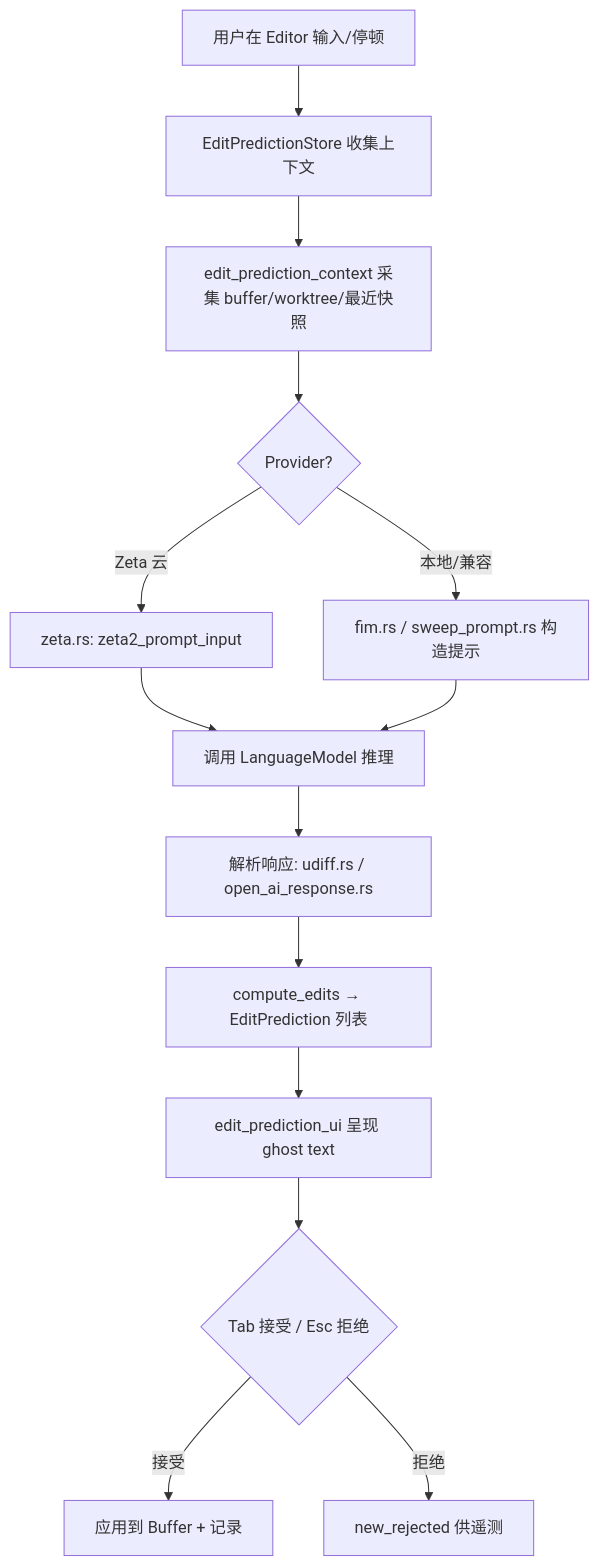
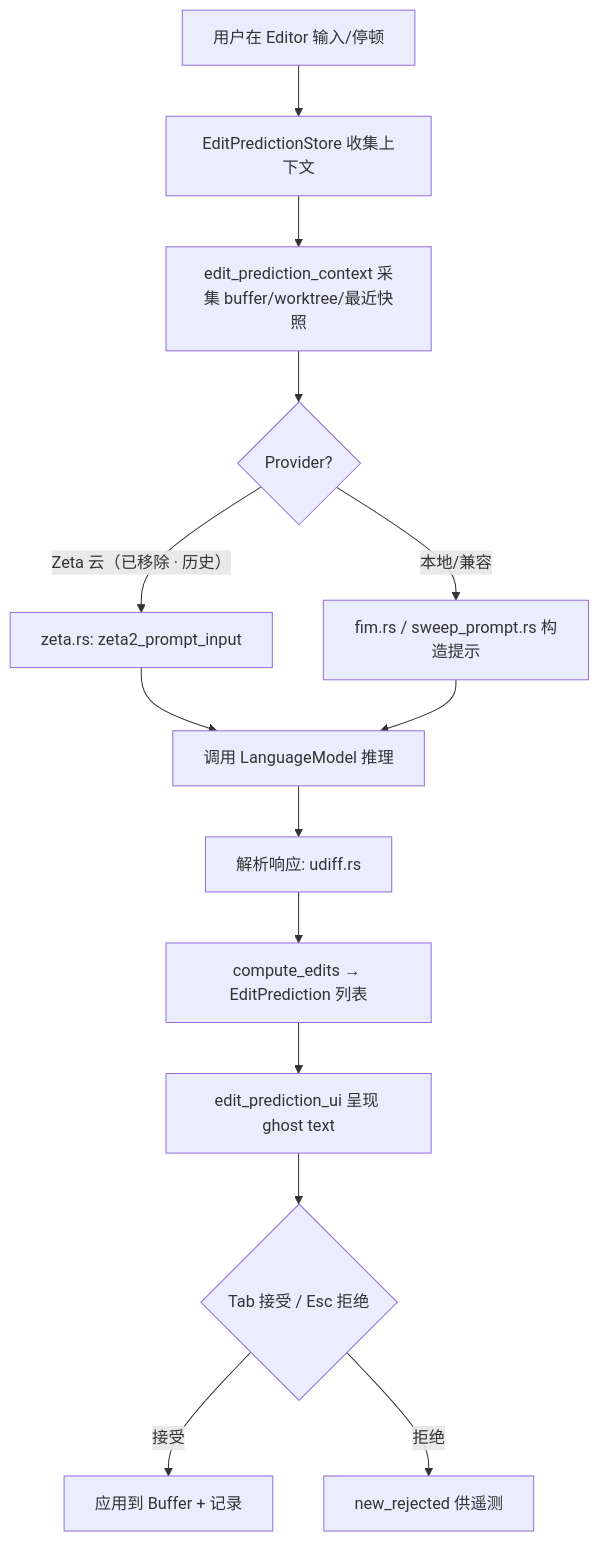
Before and after one commit to rzhangjing/zed: the diagram in wiki/Edit-Prediction.md, drawn with Mermaid. The commit also changed other lines of this file and 270 other files, not shown here.

````diff
--- a/wiki/Edit-Prediction.md
+++ b/wiki/Edit-Prediction.md
@@ -7,16 +7,16 @@
 ```mermaid
 graph TB
     A[用户在 Editor 输入/停顿] --> B[EditPredictionStore 收集上下文]
     B --> C[edit_prediction_context 采集 buffer/worktree/最近快照]
     C --> D{Provider?}
-    D -->|Zeta 云| E[zeta.rs: zeta2_prompt_input]
+    D -->|Zeta 云（已移除 · 历史）| E[zeta.rs: zeta2_prompt_input]
     D -->|本地/兼容| F[fim.rs / sweep_prompt.rs 构造提示]
     E --> G[调用 LanguageModel 推理]
     F --> G
-    G --> H[解析响应: udiff.rs / open_ai_response.rs]
+    G --> H[解析响应: udiff.rs]
     H --> I[compute_edits → EditPrediction 列表]
     I --> J[edit_prediction_ui 呈现 ghost text]
     J --> K{Tab 接受 / Esc 拒绝}
     K -->|接受| L[应用到 Buffer + 记录]
     K -->|拒绝| M[new_rejected 供遥测]
 ```
````
